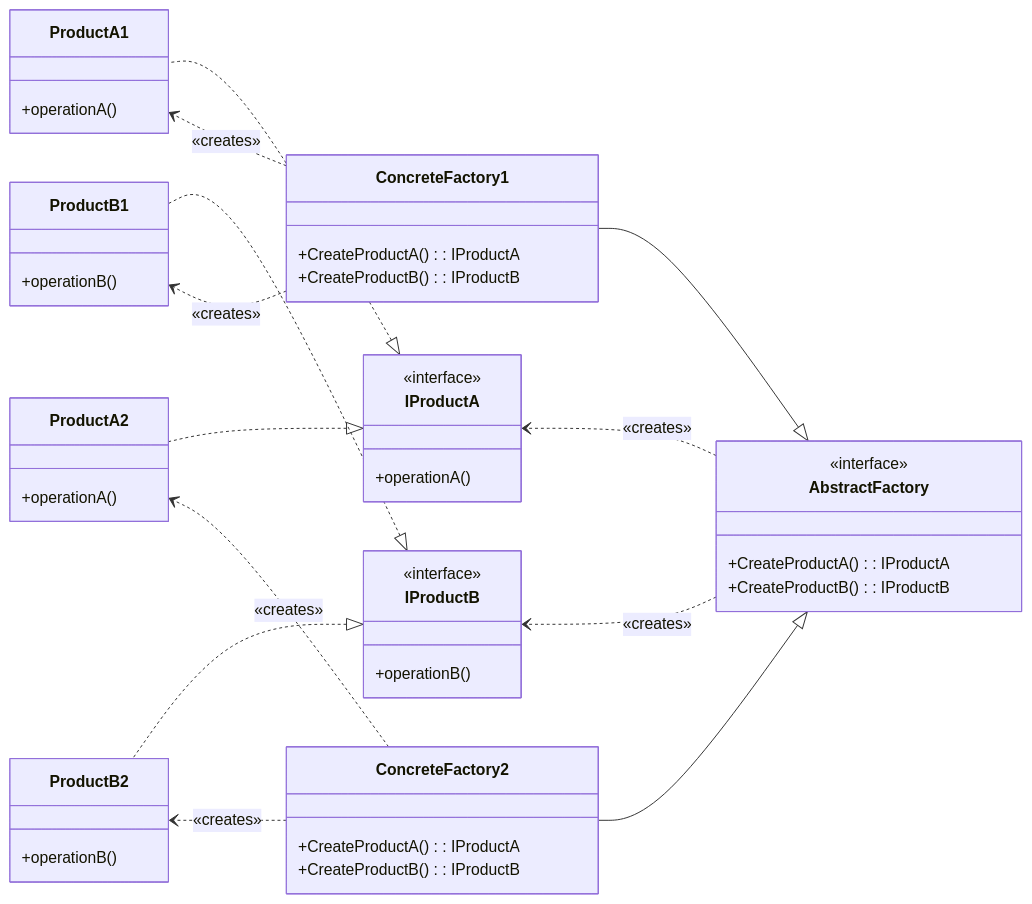
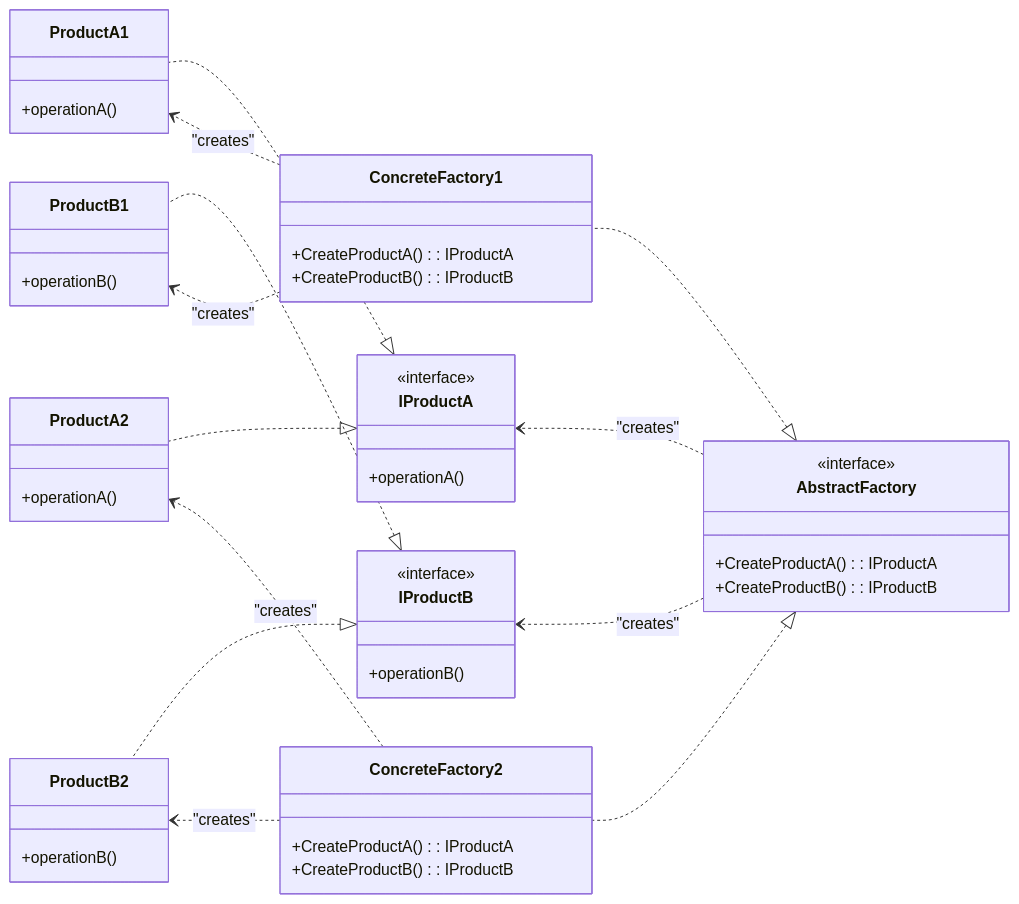
The first of 3 diagrams in Abstract Factory/README.md (SamuelLnds/LandaisSamuel_TP_DesignPatterns), drawn with Mermaid before and after one commit. The commit also changed other lines of this file and 12 other files, not shown here.

Commit message:
revue des README, correction des diagrammes, ajout de diagrammes de séquence pour détailler l'explication, correction du français, ajout d'informations supplémentaires, révision de la disposition des limitations à certains endroits

````diff
--- a/Abstract Factory/README.md
+++ b/Abstract Factory/README.md
@@ -9,52 +9,52 @@
 ```mermaid
 classDiagram
 	
 	direction RL
 
 	class AbstractFactory {
 		<<interface>>
 		+CreateProductA(): IProductA
 		+CreateProductB(): IProductB
 	}
 	class ConcreteFactory1 {
 		+CreateProductA(): IProductA
 		+CreateProductB(): IProductB
 	}
 	class ConcreteFactory2 {
 		+CreateProductA(): IProductA
 		+CreateProductB(): IProductB
 	}
 	class IProductA {
 		<<interface>>
 		+operationA()
 	}
 	class IProductB {
 		<<interface>>
 		+operationB()
 	}
 	class ProductA1 {
 		+operationA()
 	}
 	class ProductB1 {
 		+operationB()
 	}
 	class ProductA2 {
 		+operationA()
 	}
 	class ProductB2 {
 		+operationB()
 	}
 
-	AbstractFactory <|-- ConcreteFactory1
-	AbstractFactory <|-- ConcreteFactory2
+	AbstractFactory <|.. ConcreteFactory1
+	AbstractFactory <|.. ConcreteFactory2
 	IProductA <|.. ProductA1
 	IProductA <|.. ProductA2
 	IProductB <|.. ProductB1
 	IProductB <|.. ProductB2
-	AbstractFactory ..> IProductA : «creates»
-	AbstractFactory ..> IProductB : «creates»
-	ConcreteFactory1 ..> ProductA1 : «creates»
-	ConcreteFactory1 ..> ProductB1 : «creates»
-	ConcreteFactory2 ..> ProductA2 : «creates»
-	ConcreteFactory2 ..> ProductB2 : «creates»
+	AbstractFactory ..> IProductA : "creates"
+	AbstractFactory ..> IProductB : "creates"
+	ConcreteFactory1 ..> ProductA1 : "creates"
+	ConcreteFactory1 ..> ProductB1 : "creates"
+	ConcreteFactory2 ..> ProductA2 : "creates"
+	ConcreteFactory2 ..> ProductB2 : "creates"
 ```
````
